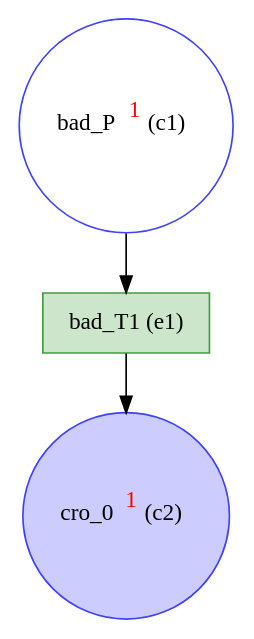
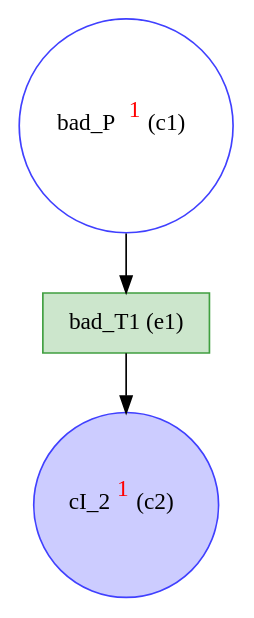
Before and after one commit to giannkas/ecofolder: the diagram in examples/models/lambdaswitch/lambdaswitch_bad_unf.dot, drawn with Graphviz. The commit also changed 159 other files, not shown here.

```diff
--- a/examples/models/lambdaswitch/lambdaswitch_bad_unf.dot
+++ b/examples/models/lambdaswitch/lambdaswitch_bad_unf.dot
@@ -1,7 +1,7 @@
 digraph test {
   c1 -> e1;
   e1 -> c2;
   c1 [color="#4040ff" fillcolor="transparent" label= <bad_P<FONT COLOR="red"><SUP>1</SUP></FONT>&nbsp;(c1)> shape=circle style=filled];
-  c2 [color="#4040ff" fillcolor="#ccccff" label= <cro_0<FONT COLOR="red"><SUP>1</SUP></FONT>&nbsp;(c2)> shape=circle style=filled];
+  c2 [color="#4040ff" fillcolor="#ccccff" label= <cI_2<FONT COLOR="red"><SUP>1</SUP></FONT>&nbsp;(c2)> shape=circle style=filled];
   e1 [color="#409f40" fillcolor="#cce6cc" label="bad_T1 (e1)" shape=box style=filled];
 }
```
